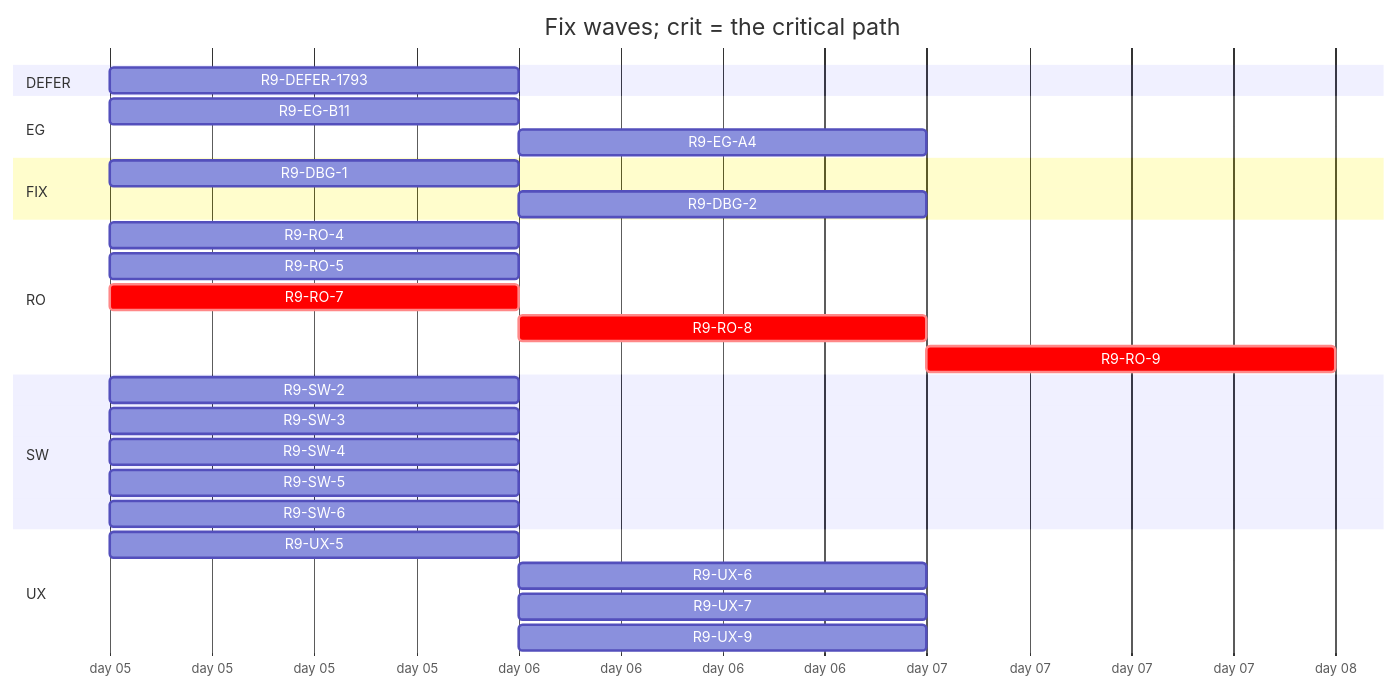
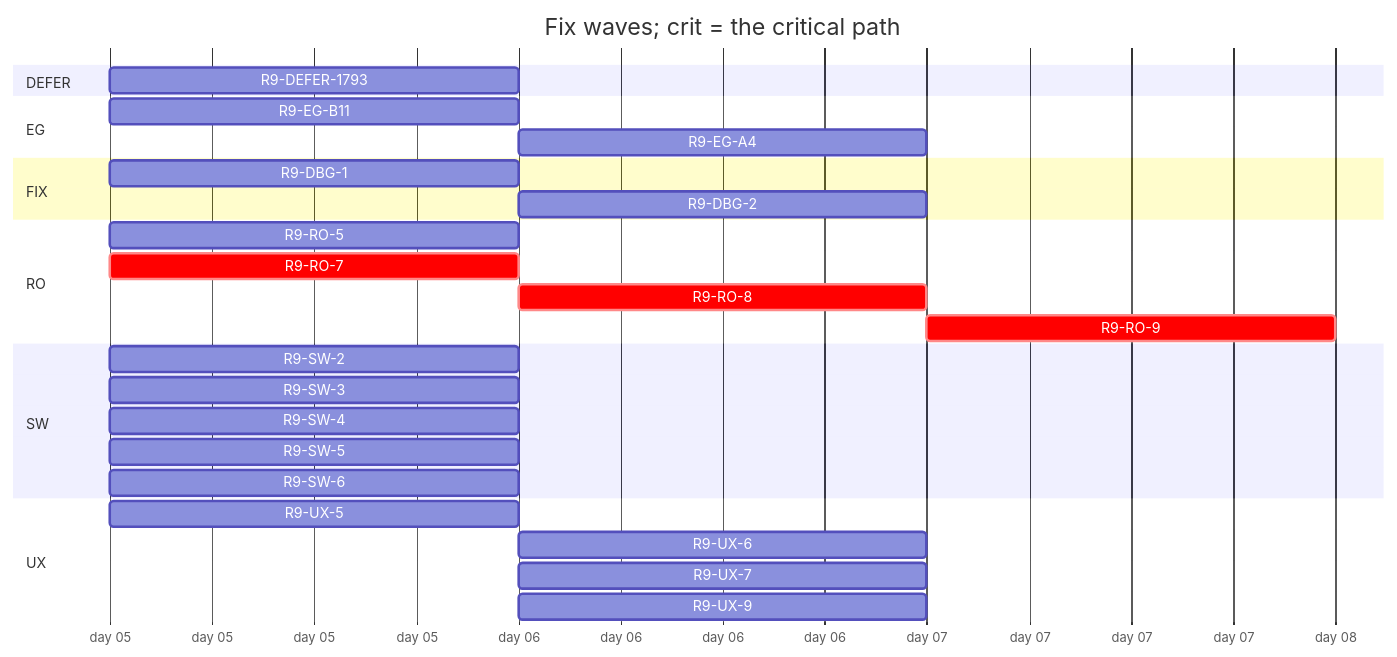
The diagram in handoff/round9/state/PLAN-TABLE.md (tvofi/heatpump_optimizer), drawn with Mermaid before and after one commit. The commit also changed other lines of this file and 2 other files, not shown here.

````diff
--- a/handoff/round9/state/PLAN-TABLE.md
+++ b/handoff/round9/state/PLAN-TABLE.md
@@ -19,31 +19,30 @@
 ```mermaid
 gantt
   title Fix waves; crit = the critical path
   dateFormat YYYY-MM-DD
   axisFormat day %d
   section DEFER
     R9-DEFER-1793 :r9DEFER1793, 2026-01-05, 1d
   section EG
     R9-EG-B11 :r9EGB11, 2026-01-05, 1d
     R9-EG-A4 :r9EGA4, after r9EGB11, 1d
   section FIX
     R9-DBG-1 :r9DBG1, 2026-01-05, 1d
     R9-DBG-2 :r9DBG2, after r9DBG1, 1d
   section RO
-    R9-RO-4 :r9RO4, 2026-01-05, 1d
     R9-RO-5 :r9RO5, 2026-01-05, 1d
     R9-RO-7 :crit, r9RO7, 2026-01-05, 1d
     R9-RO-8 :crit, r9RO8, after r9RO7, 1d
-    R9-RO-9 :crit, r9RO9, after r9RO4 r9RO5 r9RO8 r9EGA4 r9SW4 r9UX5 r9UX6 r9UX7, 1d
+    R9-RO-9 :crit, r9RO9, after r9RO5 r9RO8 r9EGA4 r9SW4 r9UX5 r9UX6 r9UX7, 1d
   section SW
     R9-SW-2 :r9SW2, 2026-01-05, 1d
     R9-SW-3 :r9SW3, 2026-01-05, 1d
     R9-SW-4 :r9SW4, 2026-01-05, 1d
     R9-SW-5 :r9SW5, 2026-01-05, 1d
     R9-SW-6 :r9SW6, 2026-01-05, 1d
   section UX
     R9-UX-5 :r9UX5, 2026-01-05, 1d
     R9-UX-6 :r9UX6, after r9EGB11 r9UX5, 1d
     R9-UX-7 :r9UX7, after r9EGB11 r9UX5, 1d
     R9-UX-9 :r9UX9, after r9SW6, 1d
 ```
````
